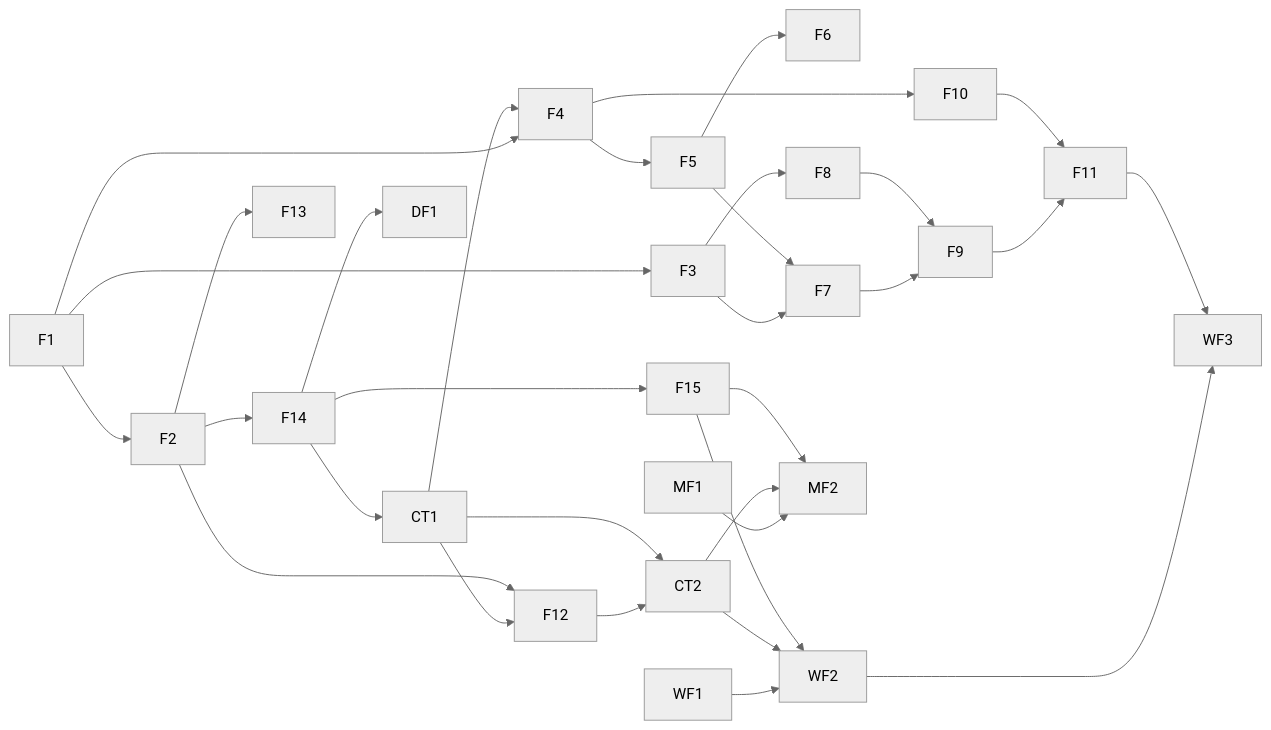
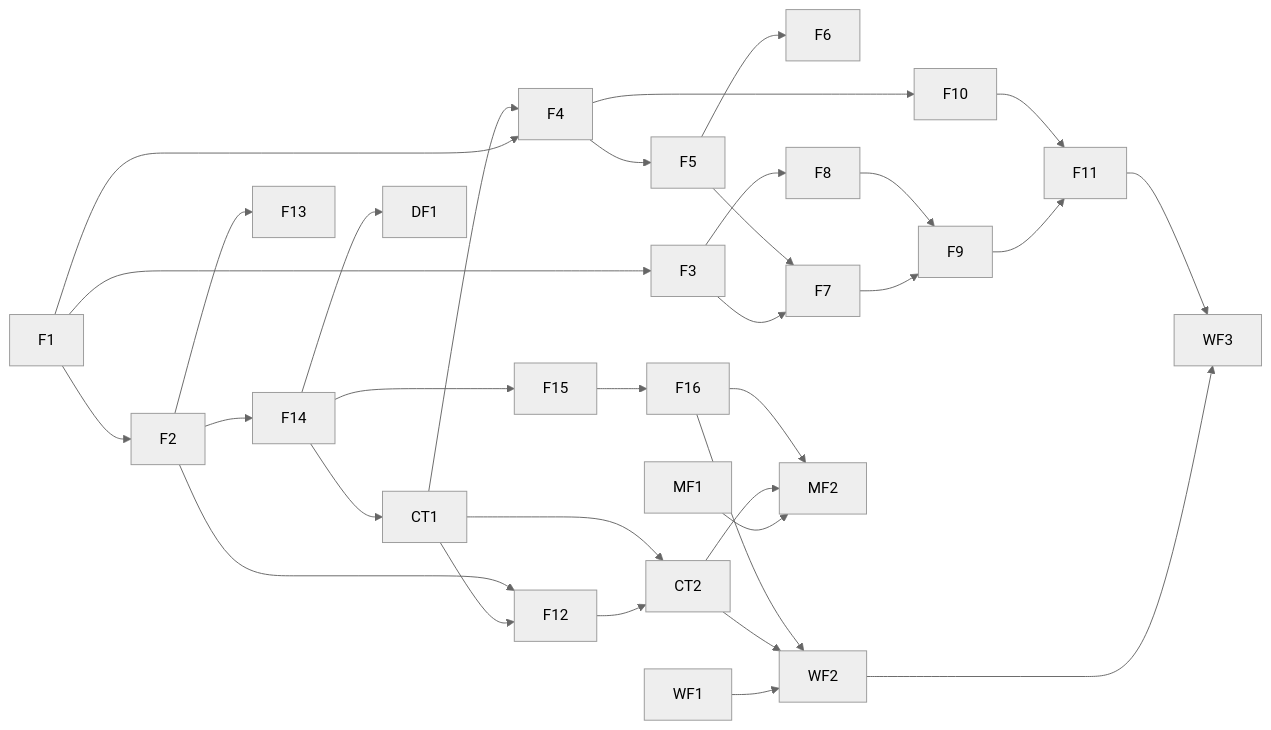
Before and after one commit to huynguyennang-agilityio/tripmate-docs: the third of 3 diagrams in docs/specs/epic-11/spec.md, drawn with Mermaid (neutral theme). The commit also changed other lines of this file, not shown here.

````diff
--- a/docs/specs/epic-11/spec.md
+++ b/docs/specs/epic-11/spec.md
@@ -539,30 +545,30 @@
 ```mermaid
 flowchart LR
     F1 --> F2 --> F14
     F2 --> F13
-    F14 --> F15
+    F14 --> F15 --> F16
     F14 --> CT1
     F14 --> DF1
     F1 --> F3
     F1 --> F4 --> F5 --> F6
     F3 --> F7
     F5 --> F7
     F3 --> F8
     F7 --> F9
     F8 --> F9
     F4 --> F10
     F9 --> F11
     F10 --> F11
     CT1 --> F4
     CT1 --> F12
     F2 --> F12 --> CT2
     CT1 --> CT2
     WF1 --> WF2
     CT2 --> WF2
-    F15 --> WF2
+    F16 --> WF2
     WF2 --> WF3
     F11 --> WF3
     MF1 --> MF2
     CT2 --> MF2
-    F15 --> MF2
+    F16 --> MF2
 ```
````
